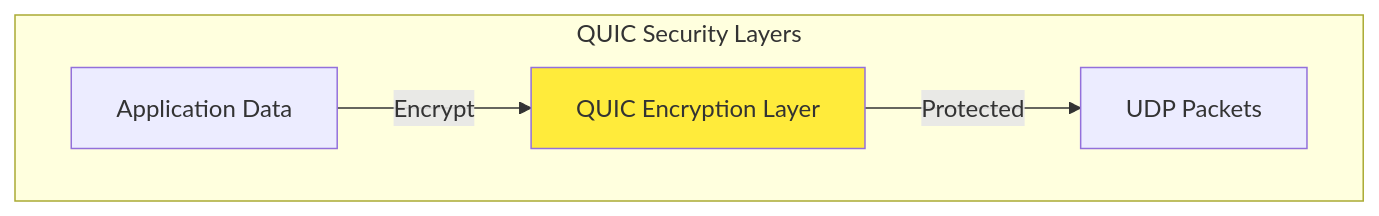
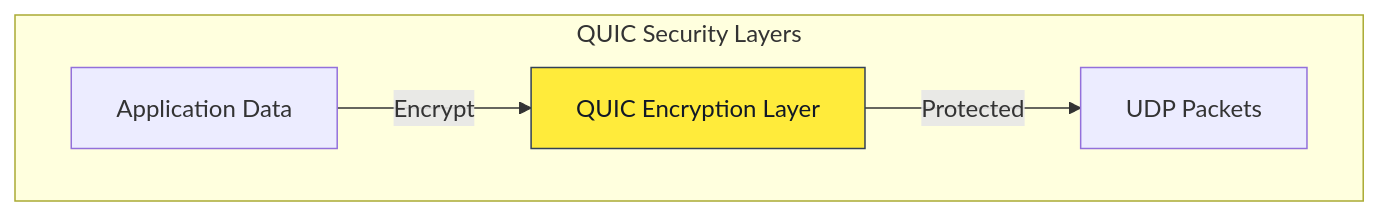
The first of 4 diagrams in docs-site/src/content/docs/features/security.md (gabloe/felix), drawn with Mermaid before and after one commit. The commit also changed other lines of this file and 36 other files, not shown here.

````diff
--- a/docs-site/src/content/docs/features/security.md
+++ b/docs-site/src/content/docs/features/security.md
@@ -34,13 +34,13 @@
 ```mermaid
 graph TB
     subgraph "QUIC Security Layers"
         A[Application Data]
         E[QUIC Encryption Layer]
         P[UDP Packets]
     end
     
     A -->|Encrypt| E
     E -->|Protected| P
     
-    style E fill:#ffeb3b
+    style E fill:#ffeb3b,stroke:#334155,color:#111827
 ```
````
